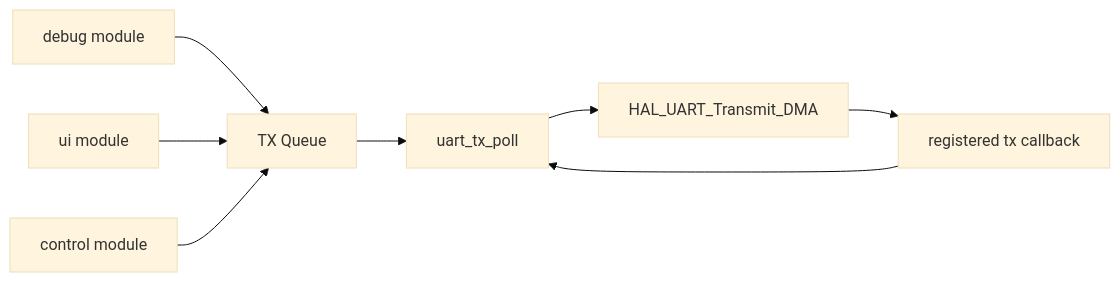
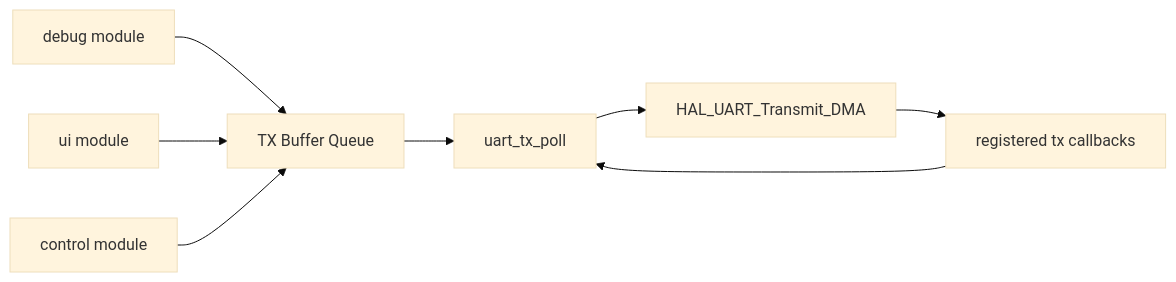
One commit to inaku-Gyan/RM-EC-Tutorial-2026-Summer changed the third of 4 diagrams in decks/uart-dma/slides.md. Above: the diagram before and after it, drawn with Mermaid (base theme). The commit also changed other lines of this file, not shown here.

````diff
--- a/decks/uart-dma/slides.md
+++ b/decks/uart-dma/slides.md
@@ -566,10 +566,10 @@
 ```mermaid
 flowchart LR
-  M1[debug module] --> Q[TX Queue]
+  M1[debug module] --> Q[TX Buffer Queue]
   M2[ui module] --> Q
   M3[control module] --> Q
   Q --> Poll[uart_tx_poll]
   Poll --> DMA[HAL_UART_Transmit_DMA]
-  DMA --> CB[registered tx callback]
+  DMA --> CB[registered tx callbacks]
   CB --> Poll
 ```
````
